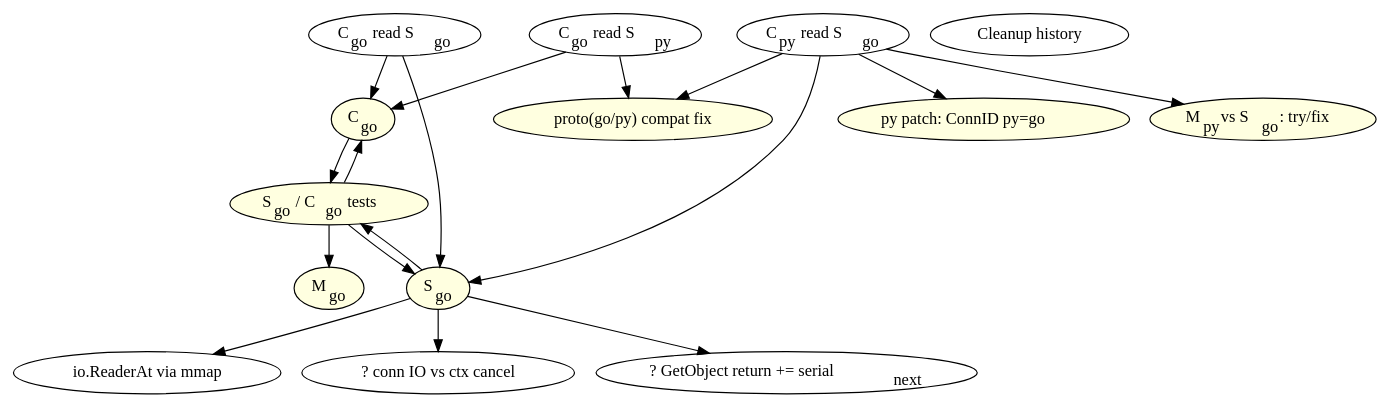
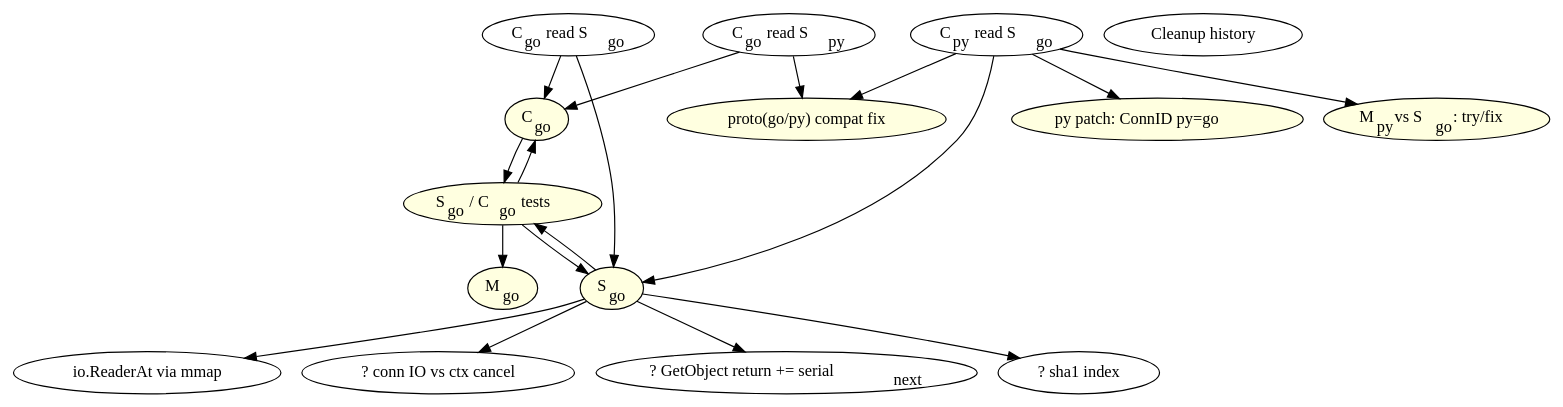
The diagram in go/todo.dot (Nexedi/neoppod), drawn with Graphviz before and after one commit. The commit also changed 1 other file, not shown here.

```diff
--- a/go/todo.dot
+++ b/go/todo.dot
@@ -1,42 +1,45 @@
 digraph {
 	Cgo -> SCgo_t;
 	Sgo -> SCgo_t;
 
 	SCgo_t -> Mgo;
 	SCgo_t -> Sgo;
 	SCgo_t -> Cgo;
 
 	Sgo -> Mmap_go;
 	Sgo -> io_cancel;
 	Sgo -> load_serial_next;
+	Sgo -> sha1_index;
 
 	Cpy_r_Sgo -> Sgo;
 	Cpy_r_Sgo -> Protog_fix;
 	Cpy_r_Sgo -> Cpy_patch;
 	Cpy_r_Sgo -> Mpy_vs_Sgo;
 
 	Cgo_r_Sgo -> Cgo;
 	Cgo_r_Sgo -> Sgo;		
 
 	Cgo_r_Spy -> Cgo;
 	Cgo_r_Spy -> Protog_fix;
 
 	Cgo		[label=<C<sub>go</sub>> style=filled fillcolor=lightyellow];
 	Sgo		[label=<S<sub>go</sub>> style=filled fillcolor=lightyellow];
 	Mgo		[label=<M<sub>go</sub>> style=filled fillcolor=lightyellow];
 	SCgo_t		[label=<S<sub>go</sub>  / C<sub>go</sub>  tests> style=filled fillcolor=lightyellow];
 	Cpy_r_Sgo	[label=<C<sub>py</sub>  read S<sub>go</sub>>];
 	Cgo_r_Sgo	[label=<C<sub>go</sub>  read S<sub>go</sub>>];
 	Cgo_r_Spy	[label=<C<sub>go</sub>  read S<sub>py</sub>>];
 	Cleanup		[label="Cleanup history"];
 	Cpy_patch	[label=<py patch: ConnID py=go> style=filled fillcolor=lightyellow];	// C<sub>py</sub>  patch for ConnID interop. with S<sub>go</sub>>];
 	Mmap_go		[label="io.ReaderAt via mmap"];
 	Protog_fix	[label="proto(go/py) compat fix" style=filled fillcolor=lightyellow];
 	Mpy_vs_Sgo	[label=<M<sub>py</sub> vs S<sub>go</sub>: try/fix> style=filled fillcolor=lightyellow];
 
 	io_cancel		[label="? conn IO vs ctx cancel"];
 	load_serial_next	[label=<? GetObject return += serial<sub>next</sub>>];
 
+	sha1_index	[label="? sha1 index"];
+
 	//Cgo -> Cgo_tasks;
 	//Cgo_tasks	[label="- talkMaster\n- update nodeTab/partTab\n- dial S on demand\n..." style=filled fillcolor=lightyellow];
 }
```
